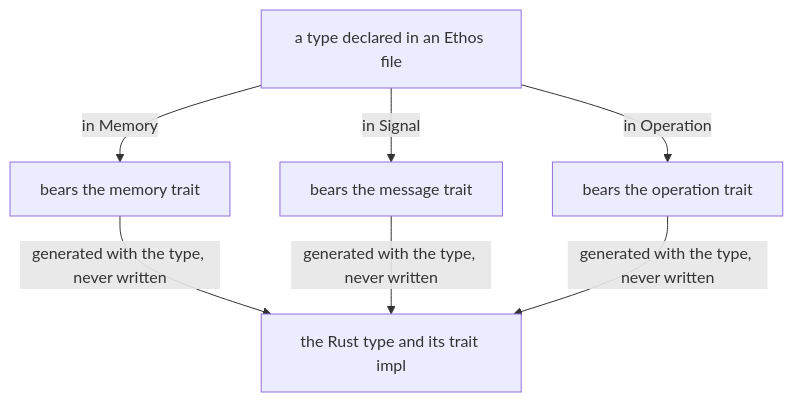
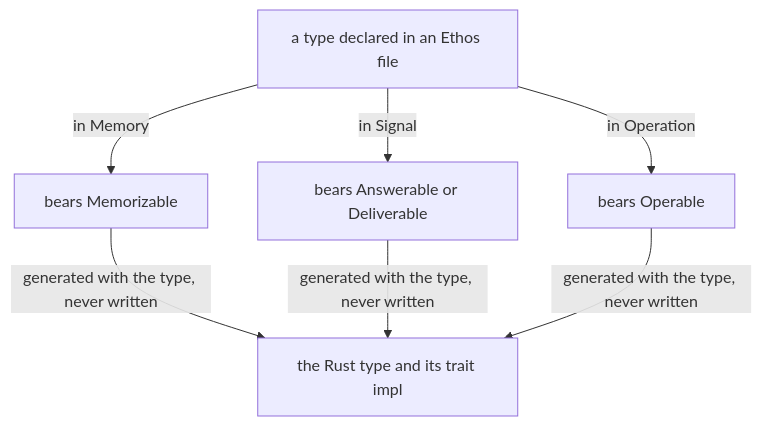
One commit to LiGoldragon/psyche-belief changed the third of 3 diagrams in vision/ethos.md. Above: the diagram before and after it, drawn with Mermaid. The commit also changed other lines of this file and 2 other files, not shown here.

First line of the commit message:
vision:ethos: Answerable, Deliverable, Operable, Memorizable; Query and Response become Input and Output (the living, 2026-10-30)

````diff
--- a/vision/ethos.md
+++ b/vision/ethos.md
@@ -517,9 +517,9 @@
 ```mermaid
 flowchart TB
-    a["a type declared in an Ethos file"] -- "in Memory" --> b["bears the memory trait"]
-    a -- "in Signal" --> c["bears the message trait"]
-    a -- "in Operation" --> d["bears the operation trait"]
+    a["a type declared in an Ethos file"] -- "in Memory" --> b["bears Memorizable"]
+    a -- "in Signal" --> c["bears Answerable or Deliverable"]
+    a -- "in Operation" --> d["bears Operable"]
     b -- "generated with the type, never written" --> e["the Rust type and its trait impl"]
     c -- "generated with the type, never written" --> e
     d -- "generated with the type, never written" --> e
 ```
````
